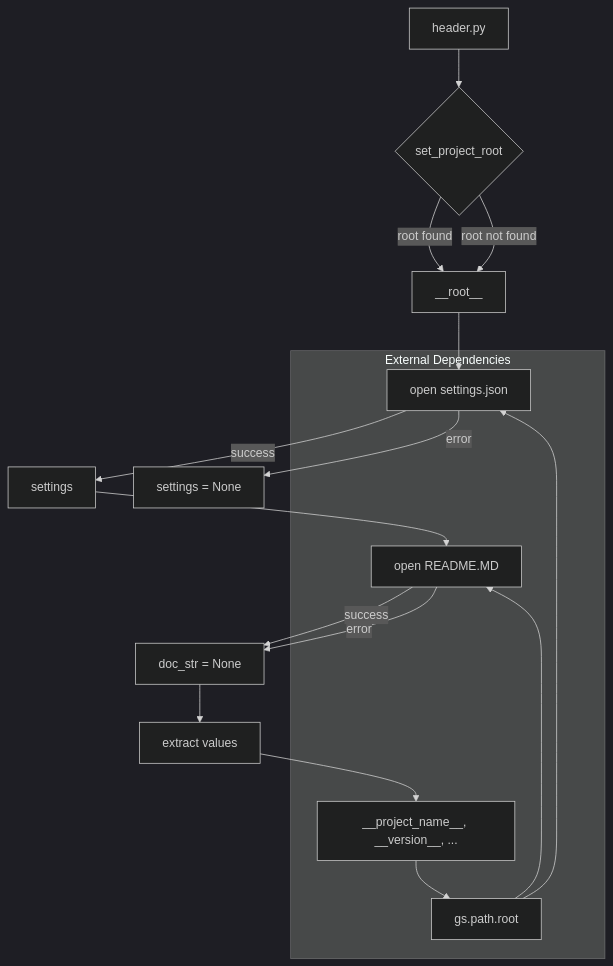
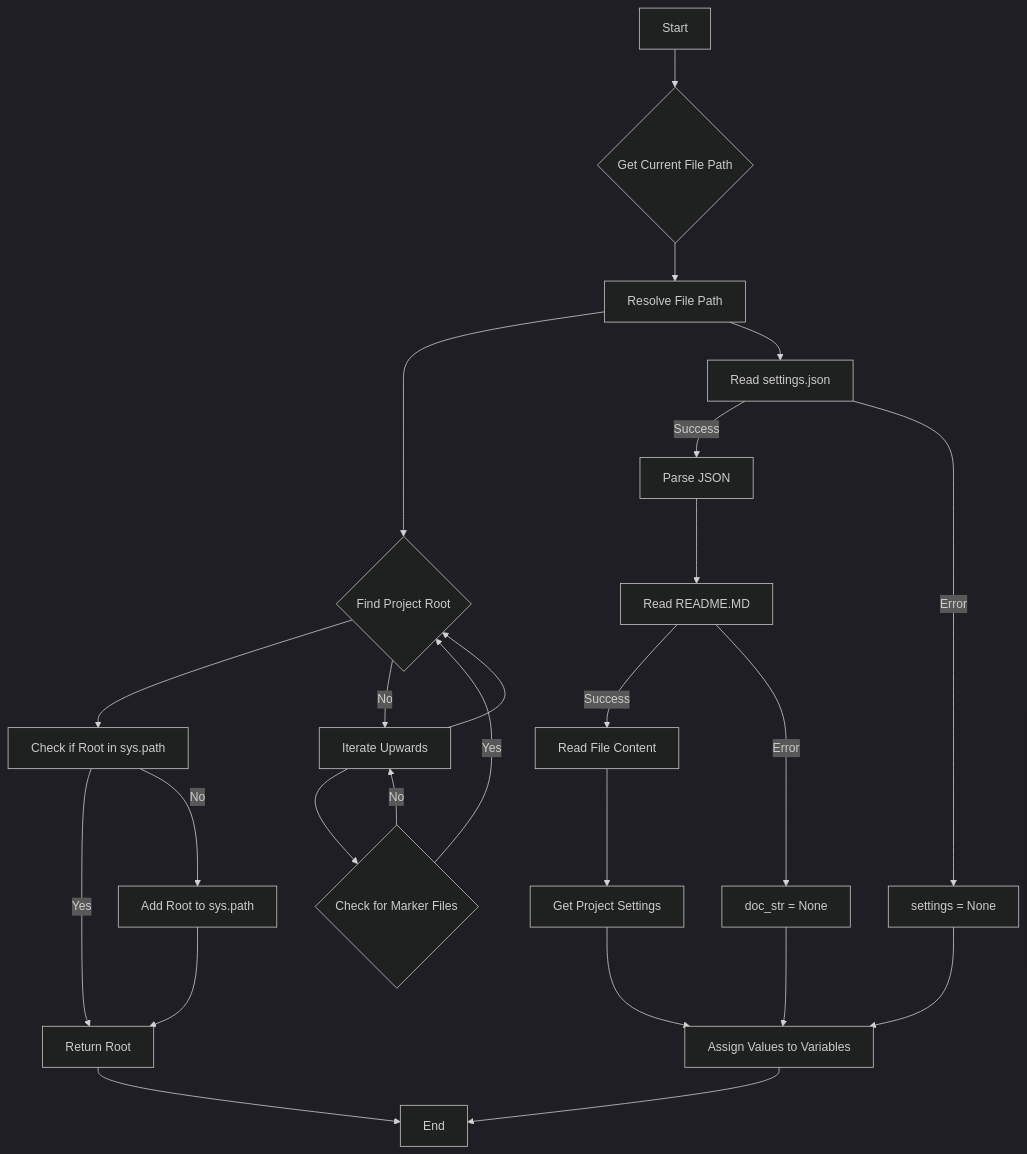
Before and after one commit to hypo69/hypo: the first of 2 diagrams in docs/gemini/ru/explainer/src/suppliers/hb/header.md, drawn with Mermaid (dark theme). The commit also changed other lines of this file and 468 other files, not shown here.

````diff
--- a/docs/gemini/ru/explainer/src/suppliers/hb/header.md
+++ b/docs/gemini/ru/explainer/src/suppliers/hb/header.md
@@ -111,19 +77,27 @@
 ```mermaid
 graph TD
-    A[header.py] --> B{set_project_root};
-    B -- root found --> C[__root__];
-    B -- root not found --> C[__root__];
-    C --> D[open settings.json];
-    D -- success --> E[settings];
-    D -- error --> F[settings = None];
-    E --> G[open README.MD];
-    G -- success --> H[doc_str];
-    G -- error --> H[doc_str = None];
-    H --> I[extract values];
-    I --> J[__project_name__, __version__, ...];
-    subgraph External Dependencies
-        J --> K[gs.path.root];
-        K --> D;
-        K --> G;
-    end
+    A[Start] --> B{Get Current File Path};
+    B --> C[Resolve File Path];
+    C --> D{Find Project Root};
+    D --> E[Check if Root in sys.path];
+    E -- Yes --> F[Return Root];
+    E -- No --> G[Add Root to sys.path];
+    F --> H[End];
+    G --> F;
+    D -- No --> I[Iterate Upwards];
+    I --> J{Check for Marker Files};
+    J -- Yes --> D;
+    J -- No --> I;
+    I --> D;
+    C --> K[Read settings.json];
+    K -- Success --> L[Parse JSON];
+    K -- Error --> M[settings = None];
+    L --> N[Read README.MD];
+    N -- Success --> O[Read File Content];
+    N -- Error --> P[doc_str = None];
+    O --> Q[Get Project Settings];
+    Q --> R[Assign Values to Variables];
+    R --> H;
+    M --> R;
+    P --> R;
 ```
````
